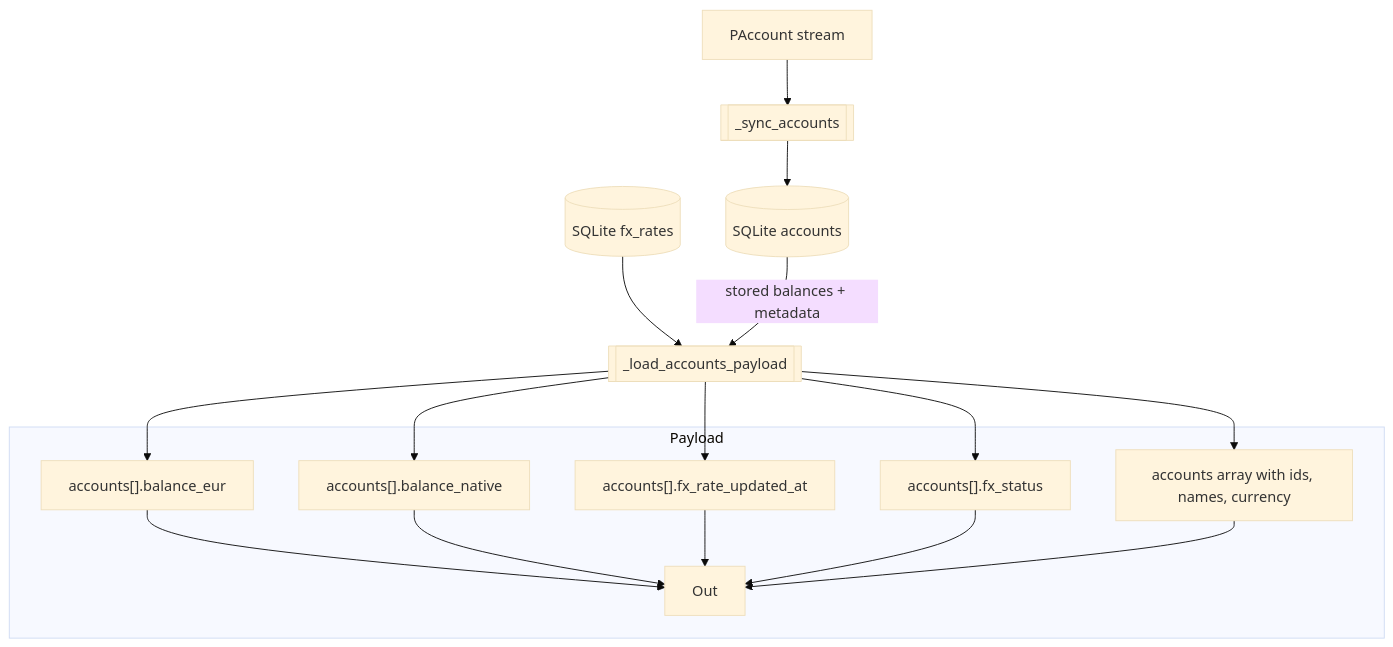
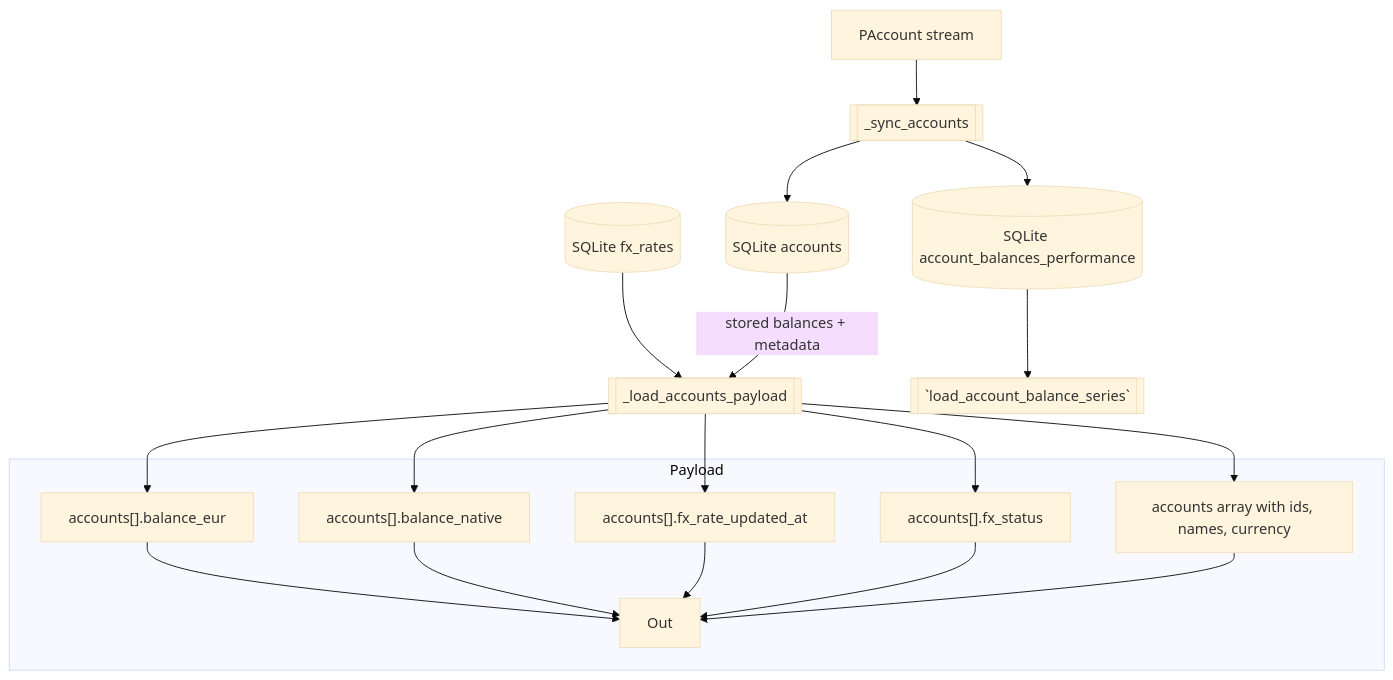
One commit to Freakandi/ha-pp-reader changed the second of 8 diagrams in datamodel/frontend-datamodel-visualizations.md. Above: the diagram before and after it, drawn with Mermaid (base theme). The commit also changed other lines of this file and 1 other file, not shown here.

Commit message:
Document account balance performance subtable

````diff
--- a/datamodel/frontend-datamodel-visualizations.md
+++ b/datamodel/frontend-datamodel-visualizations.md
@@ -54,20 +57,22 @@
 ```mermaid
 flowchart TD
   Proto["PAccount stream"]
   Proto --> Sync[[_sync_accounts]]
   Sync --> DB[(SQLite accounts)]
+  Sync --> AccPerfDB[(SQLite account_balances_performance)]
   Rates[(SQLite fx_rates)] --> Loader[[_load_accounts_payload]]
   DB -->|stored balances + metadata| Loader
   Loader --> Balance["accounts[].balance_eur"]
   Loader --> Native["accounts[].balance_native"]
   Loader --> FXDate["accounts[].fx_rate_updated_at"]
   Loader --> FXStatus["accounts[].fx_status"]
   Loader --> Identity["accounts array with ids, names, currency"]
   subgraph Payload
     Balance --> Out
     Native --> Out
     FXDate --> Out
     FXStatus --> Out
     Identity --> Out
   end
+  AccPerfDB --> Trend[[`load_account_balance_series`]]
 ```
````
